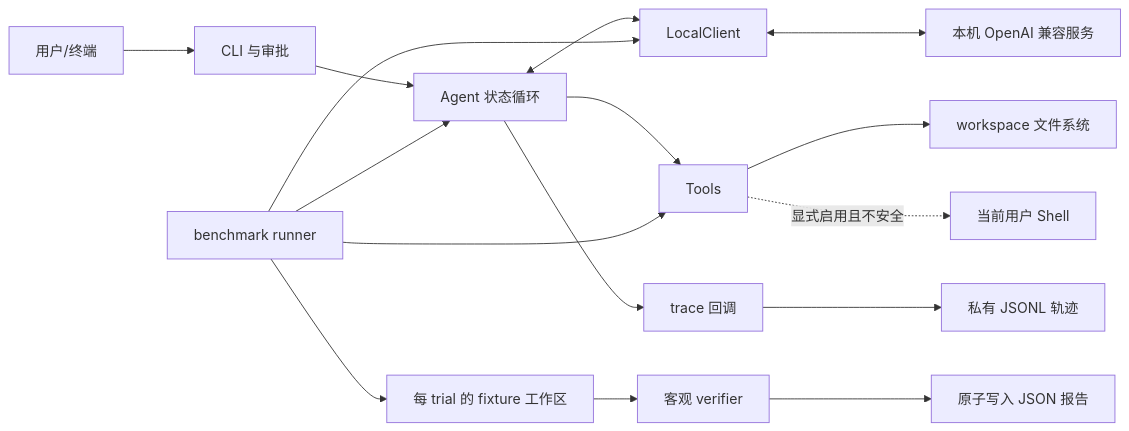
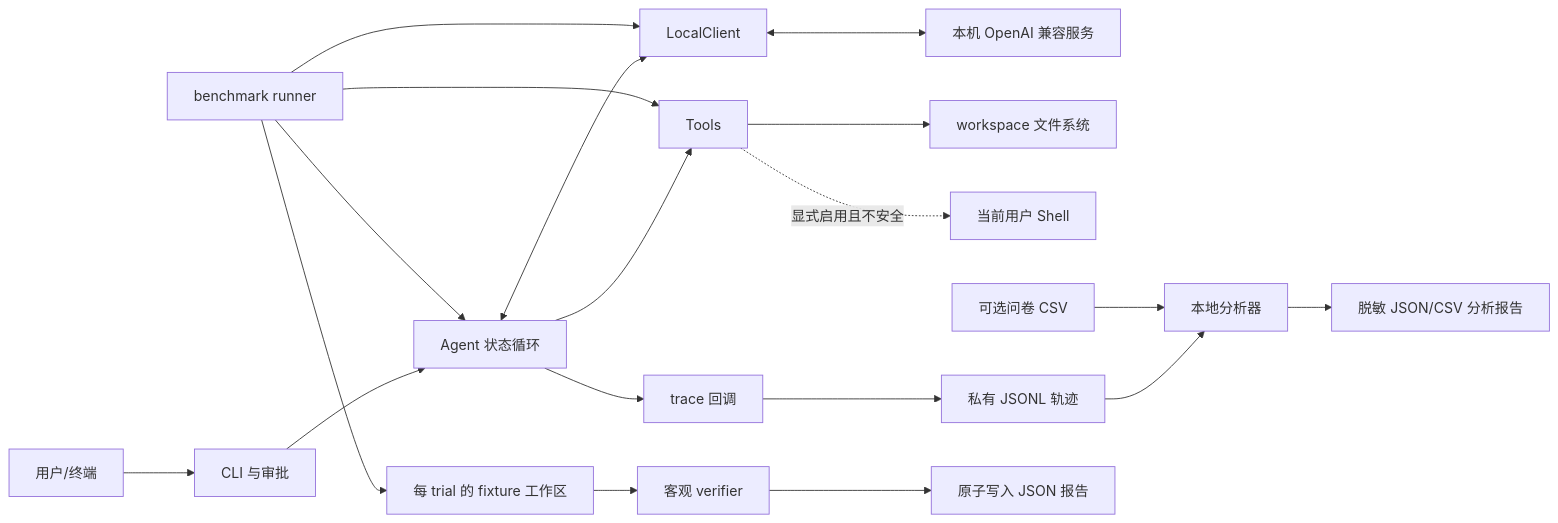
One commit to epicblue/harness27 changed the first of 5 diagrams in docs/DESIGN.md. Above: the diagram before and after it, drawn with Mermaid. The commit also changed other lines of this file, not shown here.

Commit message:
docs: complete design sequence diagrams

````diff
--- a/docs/DESIGN.md
+++ b/docs/DESIGN.md
@@ -22,19 +22,22 @@
 ```mermaid
 flowchart LR
     U[用户/终端] --> CLI[CLI 与审批]
     CLI --> AG[Agent 状态循环]
     AG <--> LC[LocalClient]
     LC <--> API[本机 OpenAI 兼容服务]
     AG --> T[Tools]
     T --> FS[workspace 文件系统]
     T -. 显式启用且不安全 .-> SH[当前用户 Shell]
     AG --> TR[trace 回调]
     TR --> JL[私有 JSONL 轨迹]
+    JL --> AN[本地分析器]
+    SV[可选问卷 CSV] --> AN
+    AN --> AR[脱敏 JSON/CSV 分析报告]
 
     BR[benchmark runner] --> LC
     BR --> AG
     BR --> T
     BR --> FX[每 trial 的 fixture 工作区]
     FX --> VF[客观 verifier]
     VF --> RP[原子写入 JSON 报告]
 ```
````
